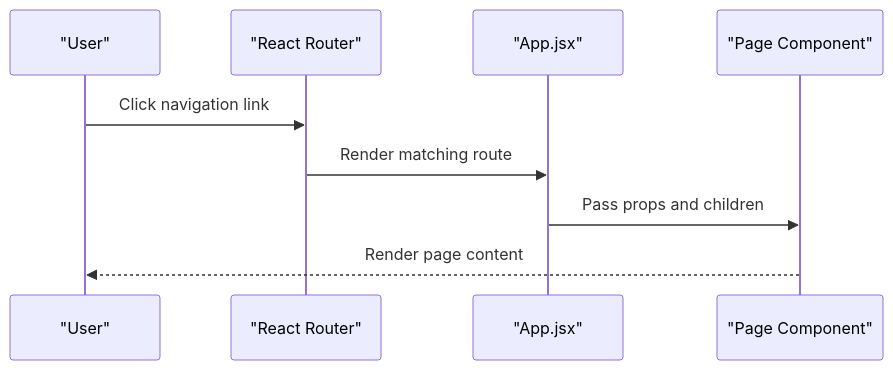
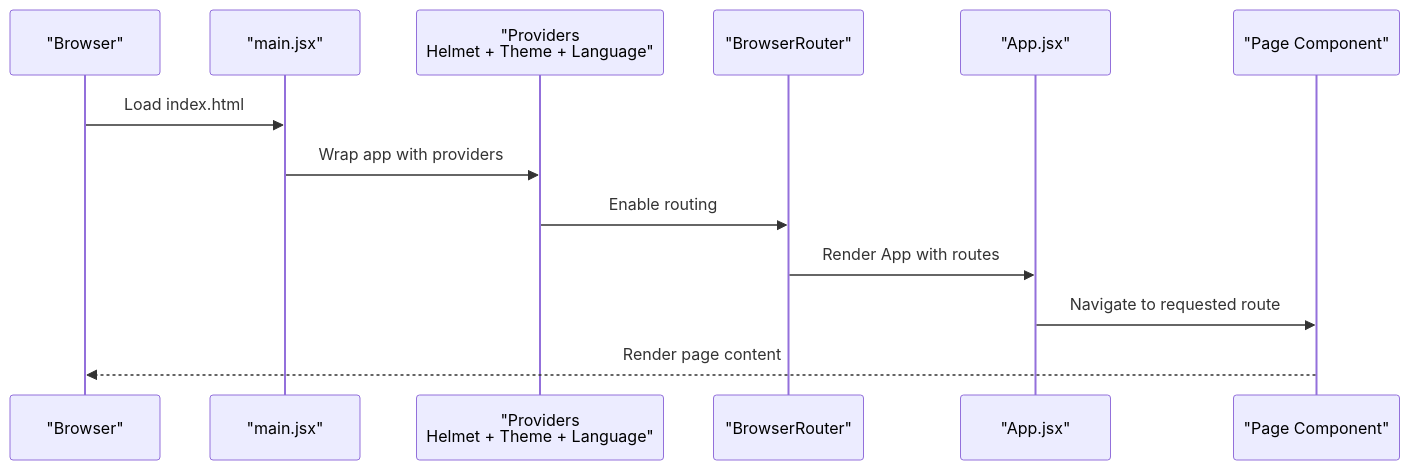
The third of 9 diagrams in .qoder/repowiki/en/content/System Architecture/Frontend Architecture.md (cheesiong/WC26-qwen), drawn with Mermaid before and after one commit. The commit also changed other lines of this file and 181 other files, not shown here.

````diff
--- a/.qoder/repowiki/en/content/System Architecture/Frontend Architecture.md
+++ b/.qoder/repowiki/en/content/System Architecture/Frontend Architecture.md
@@ -146,11 +192,15 @@
 ```mermaid
 sequenceDiagram
-participant User as "User"
-participant Router as "React Router"
+participant Browser as "Browser"
+participant Main as "main.jsx"
+participant Provider as "Providers<br/>Helmet + Theme + Language"
+participant Router as "BrowserRouter"
 participant App as "App.jsx"
 participant Page as "Page Component"
-User->>Router : Click navigation link
-Router->>App : Render matching route
-App->>Page : Pass props and children
-Page-->>User : Render page content
+Browser->>Main : Load index.html
+Main->>Provider : Wrap app with providers
+Provider->>Router : Enable routing
+Router->>App : Render App with routes
+App->>Page : Navigate to requested route
+Page-->>Browser : Render page content
 ```
````
